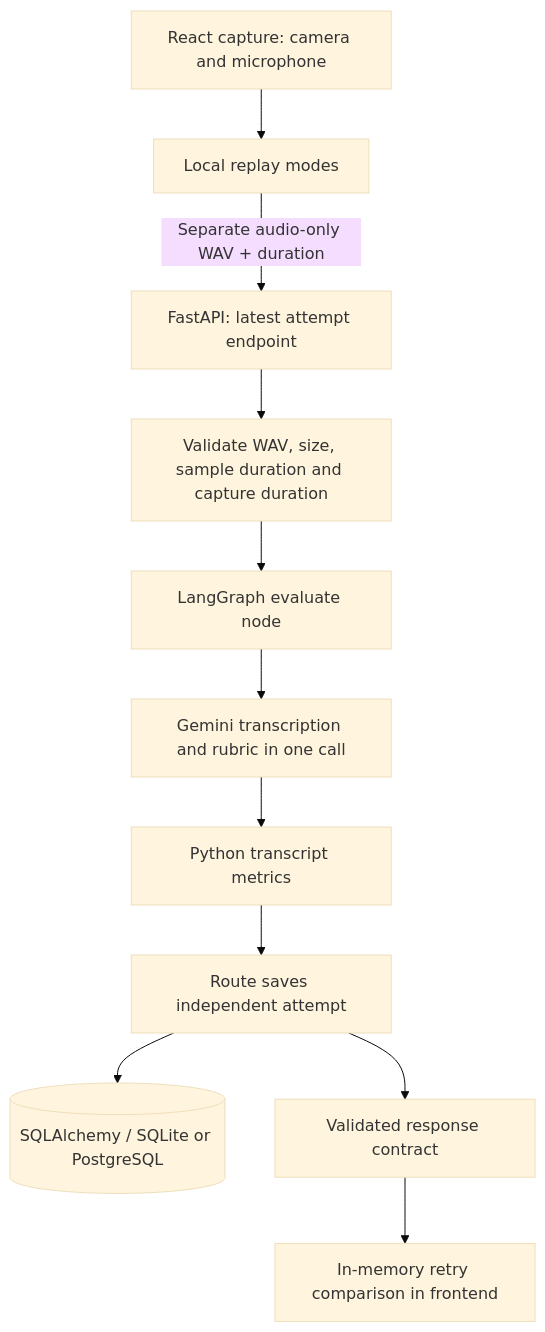
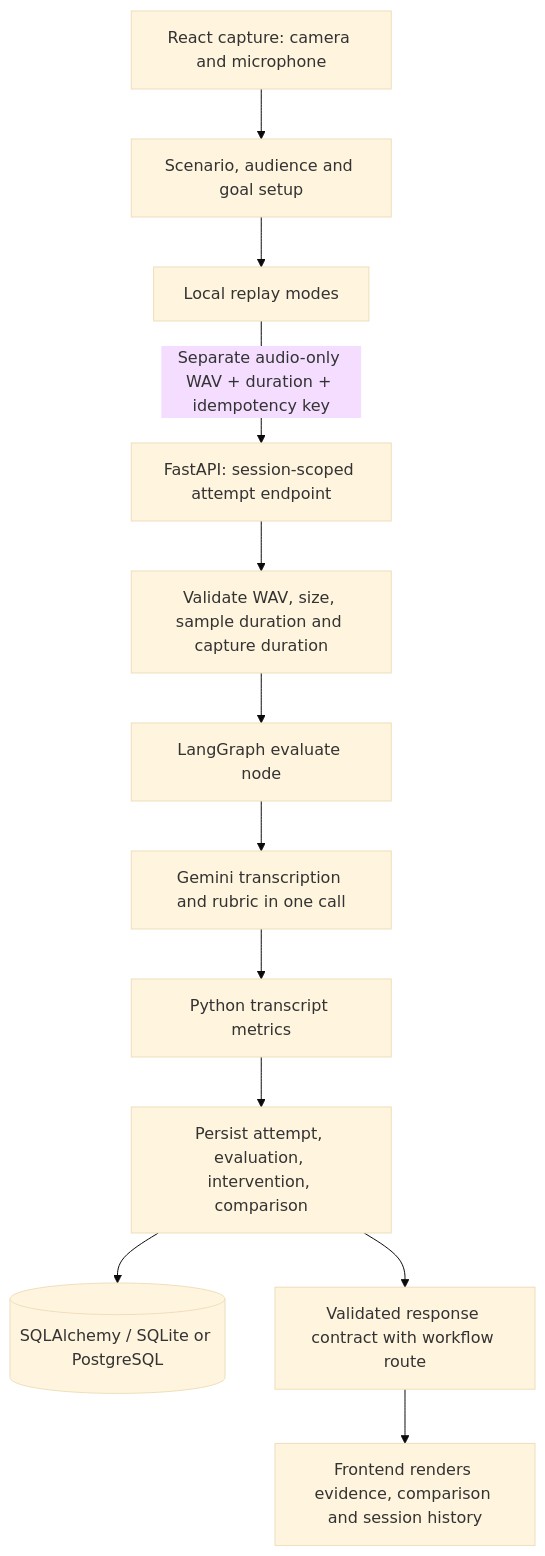
The first of 2 diagrams in docs/target-architecture.md (SehrishMajeed/adaptive-communication-coach), drawn with Mermaid (base theme) before and after one commit. The commit also changed other lines of this file and 4 other files, not shown here.

````diff
--- a/docs/target-architecture.md
+++ b/docs/target-architecture.md
@@ -7,13 +7,14 @@
 ```mermaid
 flowchart TD
-  Browser[React capture: camera and microphone] --> Review[Local replay modes]
-  Review -->|Separate audio-only WAV + duration| API[FastAPI: latest attempt endpoint]
+  Browser[React capture: camera and microphone] --> Setup[Scenario, audience and goal setup]
+  Setup --> Review[Local replay modes]
+  Review -->|Separate audio-only WAV + duration + idempotency key| API[FastAPI: session-scoped attempt endpoint]
   API --> Validate[Validate WAV, size, sample duration and capture duration]
   Validate --> Eval[LangGraph evaluate node]
   Eval --> Gemini[Gemini transcription and rubric in one call]
   Gemini --> Metrics[Python transcript metrics]
-  Metrics --> Save[Route saves independent attempt]
+  Metrics --> Save[Persist attempt, evaluation, intervention, comparison]
   Save --> DB[(SQLAlchemy / SQLite or PostgreSQL)]
-  Save --> Response[Validated response contract]
-  Response --> FrontendCompare[In-memory retry comparison in frontend]
+  Save --> Response[Validated response contract with workflow route]
+  Response --> FrontendDisplay[Frontend renders evidence, comparison and session history]
 ```
````
